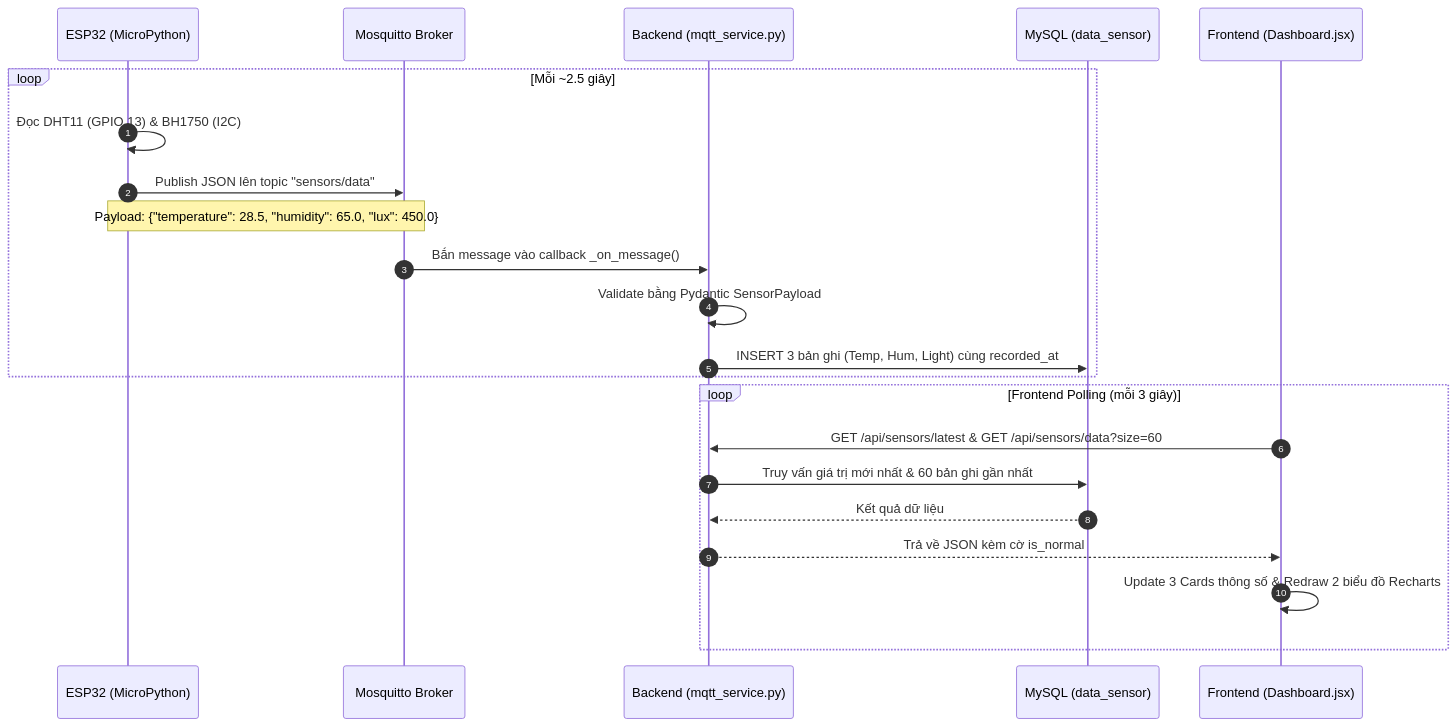
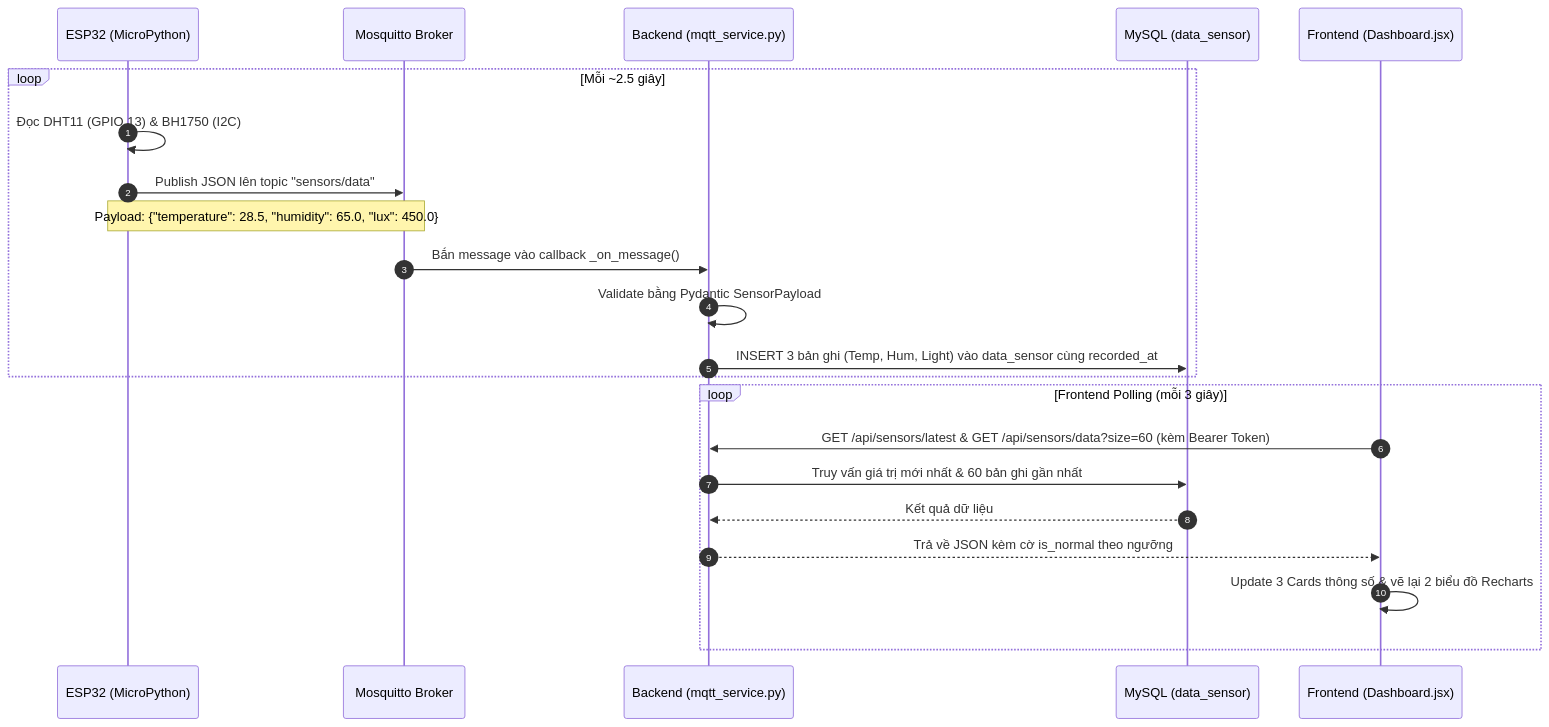
Before and after one commit to baonguyenn2302/IoT_smart_house: the second of 4 diagrams in LUONG_HOAT_DONG_PROJECT.md, drawn with Mermaid. The commit also changed other lines of this file and 21 other files, not shown here.

````diff
--- a/LUONG_HOAT_DONG_PROJECT.md
+++ b/LUONG_HOAT_DONG_PROJECT.md
@@ -111,26 +170,26 @@
 ```mermaid
 sequenceDiagram
     autonumber
     participant ESP as ESP32 (MicroPython)
     participant Broker as Mosquitto Broker
     participant BE as Backend (mqtt_service.py)
     participant DB as MySQL (data_sensor)
     participant FE as Frontend (Dashboard.jsx)
 
     loop Mỗi ~2.5 giây
         ESP->>ESP: Đọc DHT11 (GPIO 13) & BH1750 (I2C)
         ESP->>Broker: Publish JSON lên topic "sensors/data"
         Note over ESP,Broker: Payload: {"temperature": 28.5, "humidity": 65.0, "lux": 450.0}
         Broker->>BE: Bắn message vào callback _on_message()
         BE->>BE: Validate bằng Pydantic SensorPayload
-        BE->>DB: INSERT 3 bản ghi (Temp, Hum, Light) cùng recorded_at
+        BE->>DB: INSERT 3 bản ghi (Temp, Hum, Light) vào data_sensor cùng recorded_at
     end
 
     loop Frontend Polling (mỗi 3 giây)
-        FE->>BE: GET /api/sensors/latest & GET /api/sensors/data?size=60
+        FE->>BE: GET /api/sensors/latest & GET /api/sensors/data?size=60 (kèm Bearer Token)
         BE->>DB: Truy vấn giá trị mới nhất & 60 bản ghi gần nhất
         DB-->>BE: Kết quả dữ liệu
-        BE-->>FE: Trả về JSON kèm cờ is_normal
-        FE->>FE: Update 3 Cards thông số & Redraw 2 biểu đồ Recharts
+        BE-->>FE: Trả về JSON kèm cờ is_normal theo ngưỡng
+        FE->>FE: Update 3 Cards thông số & vẽ lại 2 biểu đồ Recharts
     end
 ```
````
